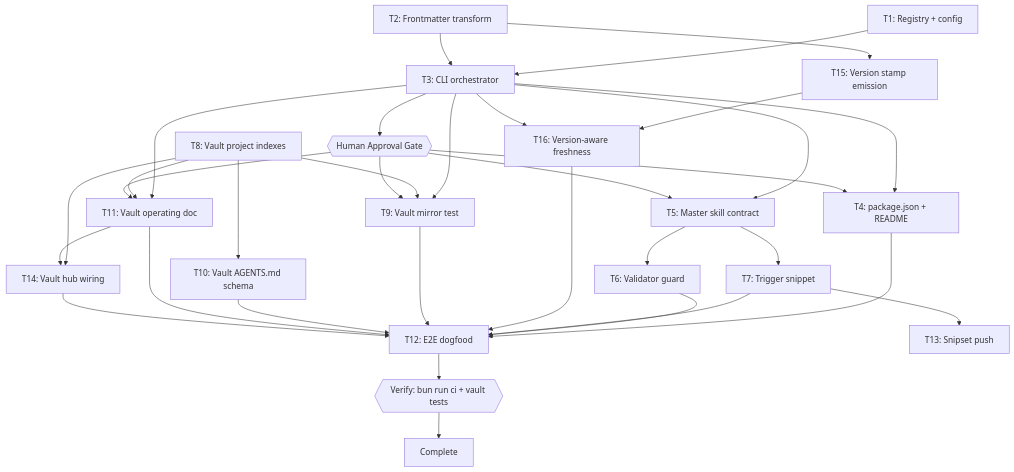
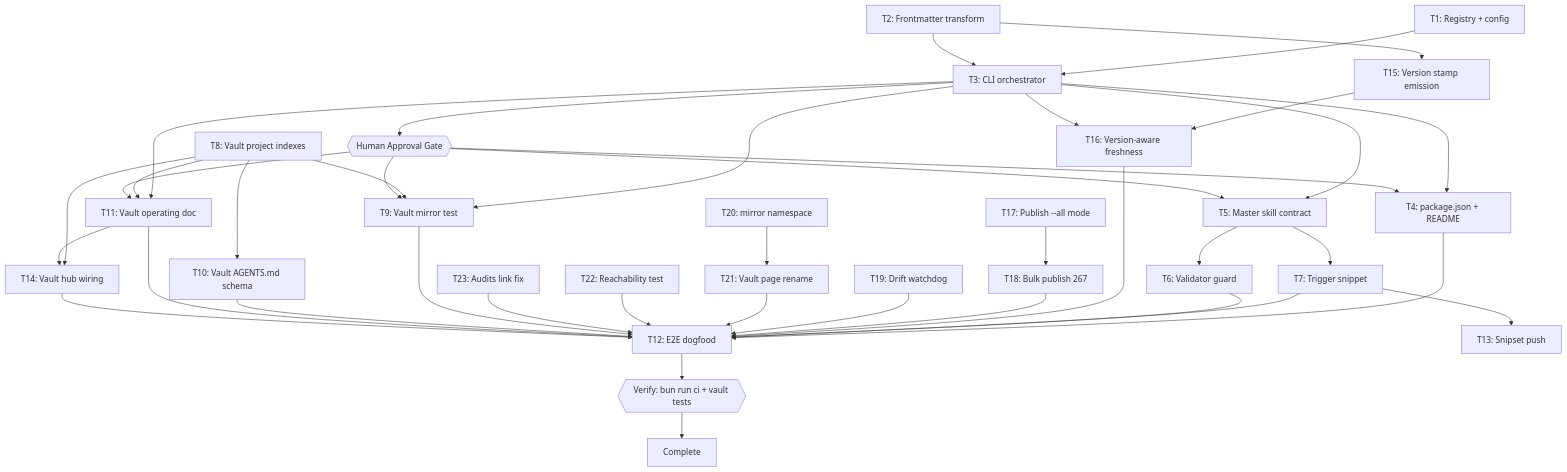
The first of 2 diagrams in docs/code-plan/plans/2026-09-26-plan-publish-to-obsidian.md (belajarcarabelajar/ai-skills), drawn with Mermaid before and after one commit. The commit also changed other lines of this file and 6 other files, not shown here.

First line of the commit message:
feat: add bulk publish, mirror namespace, and a drift watchdog

````diff
--- a/docs/code-plan/plans/2026-09-26-plan-publish-to-obsidian.md
+++ b/docs/code-plan/plans/2026-09-26-plan-publish-to-obsidian.md
@@ -135,37 +177,44 @@
 ```mermaid
 flowchart TD
     accTitle: Plan publishing to Obsidian task dependency map
     accDescr: Thirteen tasks build the publisher from two independent foundations, converge into the CLI, then fan out into skill wiring, vault-side structure, and an end-to-end dogfood run before the Snipset database push.
     T1["T1: Registry + config"] --> T3["T3: CLI orchestrator"]
     T2["T2: Frontmatter transform"] --> T3
     T3 --> T4["T4: package.json + README"]
     T3 --> T5["T5: Master skill contract"]
     T3 --> T9["T9: Vault mirror test"]
     T3 --> T11["T11: Vault operating doc"]
     T5 --> T6["T6: Validator guard"]
     T5 --> T7["T7: Trigger snippet"]
     T8["T8: Vault project indexes"] --> T9
     T8 --> T10["T10: Vault AGENTS.md schema"]
     T8 --> T11
     T4 --> T12["T12: E2E dogfood"]
     T6 --> T12
     T7 --> T12
     T7 --> T13["T13: Snipset push"]
     T8 --> T14["T14: Vault hub wiring"]
     T11 --> T14
     T2 --> T15["T15: Version stamp emission"]
     T15 --> T16["T16: Version-aware freshness"]
     T3 --> T16
     T16 --> T12
+    T17["T17: Publish --all mode"] --> T18["T18: Bulk publish 267"]
+    T18 --> T12
+    T19["T19: Drift watchdog"] --> T12
+    T20["T20: mirror namespace"] --> T21["T21: Vault page rename"]
+    T21 --> T12
+    T22["T22: Reachability test"] --> T12
+    T23["T23: Audits link fix"] --> T12
     T9 --> T12
     T10 --> T12
     T11 --> T12
     T14 --> T12
     T12 --> Verify{{"Verify: bun run ci + vault tests"}}
     Verify --> Done["Complete"]
     T3 --> Gate{{"Human Approval Gate"}}
     Gate --> T4
     Gate --> T5
     Gate --> T9
     Gate --> T11
 ```
````
